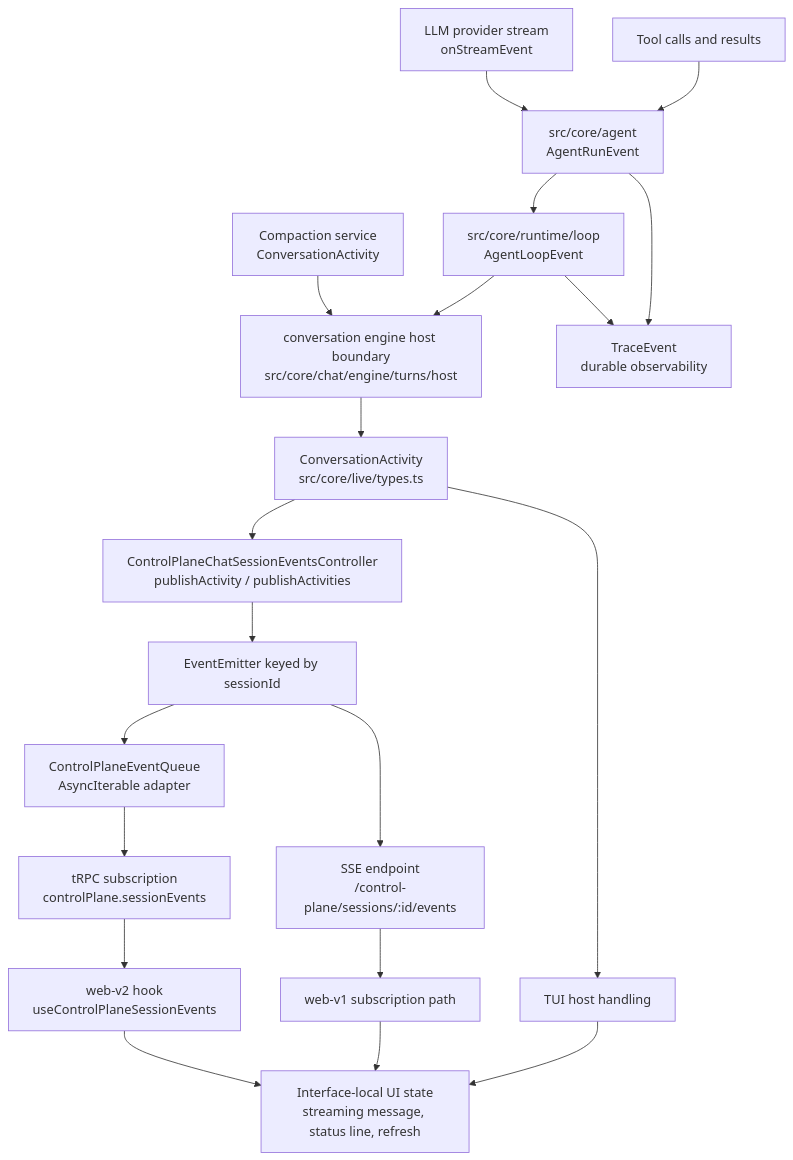
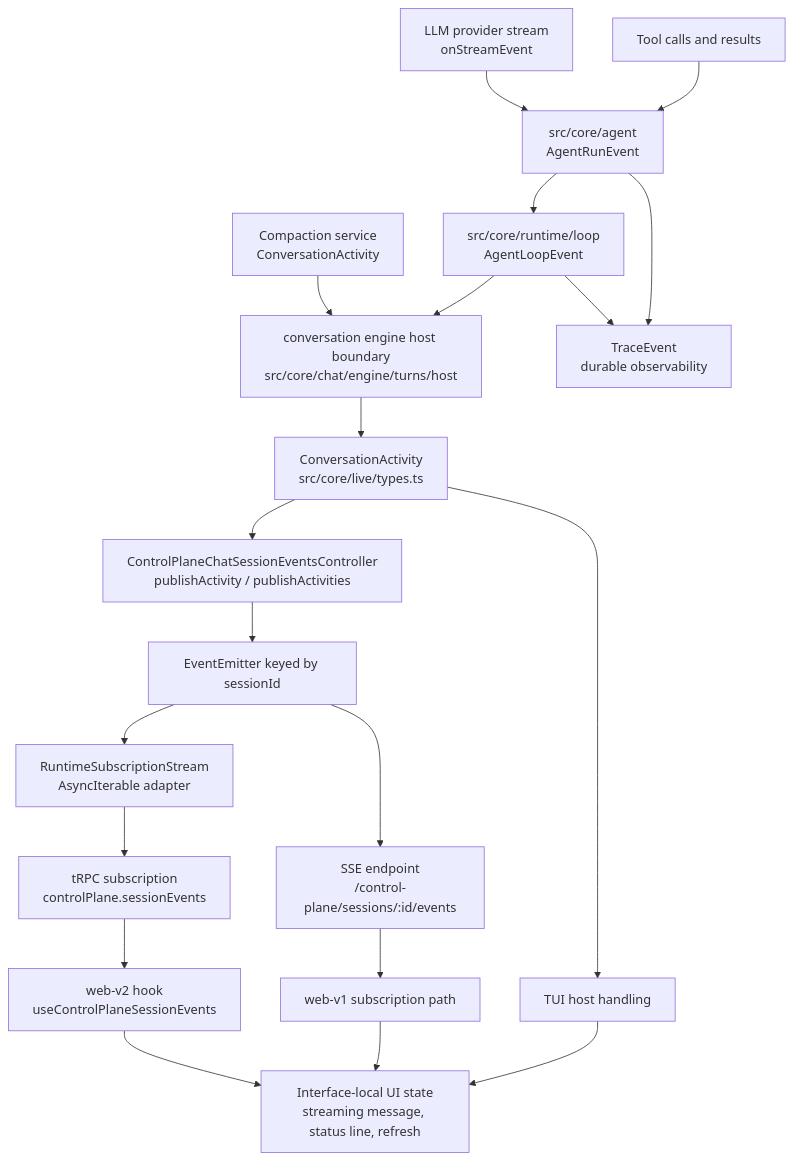
The diagram in docs/architecture/live-events.md (SuperInstance/heddle), drawn with Mermaid before and after one commit. The commit also changed other lines of this file and 9 other files, not shown here.

````diff
--- a/docs/architecture/live-events.md
+++ b/docs/architecture/live-events.md
@@ -74,22 +74,22 @@
 ```mermaid
 flowchart TD
   LLM["LLM provider stream<br/>onStreamEvent"] --> Agent["src/core/agent<br/>AgentRunEvent"]
   Tools["Tool calls and results"] --> Agent
   Compaction["Compaction service<br/>ConversationActivity"] --> HostBoundary["conversation engine host boundary<br/>src/core/chat/engine/turns/host"]
   Agent --> Runtime["src/core/runtime/loop<br/>AgentLoopEvent"]
   Runtime --> HostBoundary
   HostBoundary --> Activity["ConversationActivity<br/>src/core/live/types.ts"]
   Agent --> Trace["TraceEvent<br/>durable observability"]
   Runtime --> Trace
   Activity --> Publisher["ControlPlaneChatSessionEventsController<br/>publishActivity / publishActivities"]
   Publisher --> Bus["EventEmitter keyed by sessionId"]
-  Bus --> Queue["ControlPlaneEventQueue<br/>AsyncIterable adapter"]
+  Bus --> Queue["RuntimeSubscriptionStream<br/>AsyncIterable adapter"]
   Queue --> TRPC["tRPC subscription<br/>controlPlane.sessionEvents"]
   Bus --> SSE["SSE endpoint<br/>/control-plane/sessions/:id/events"]
   TRPC --> WebV2["web-v2 hook<br/>useControlPlaneSessionEvents"]
   SSE --> WebV1["web-v1 subscription path"]
   Activity --> TUI["TUI host handling"]
   WebV2 --> UIState["Interface-local UI state<br/>streaming message, status line, refresh"]
   WebV1 --> UIState
   TUI --> UIState
 ```
````
